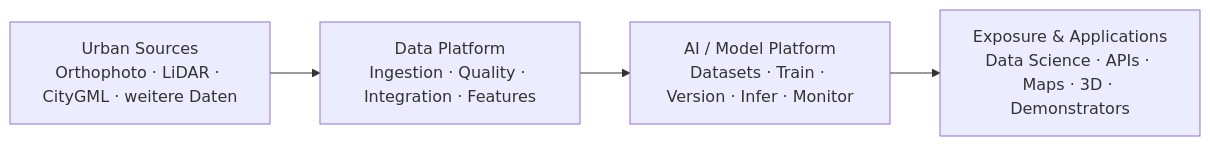
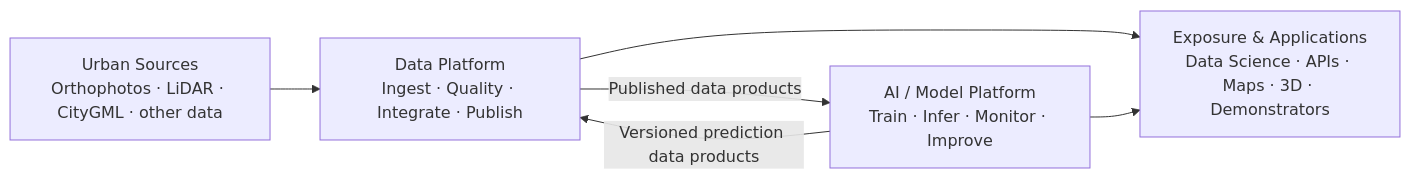
Before and after one commit to Thomas-Malchers/urban_ai_lab: the diagram in docs/l0-gesamtarchitektur.md, drawn with Mermaid. The commit also changed other lines of this file and 12 other files, not shown here.

````diff
--- a/docs/l0-gesamtarchitektur.md
+++ b/docs/l0-gesamtarchitektur.md
@@ -5,8 +5,13 @@
 ```mermaid
 flowchart LR
-    A["Urban Sources<br/>Orthophoto · LiDAR · CityGML · weitere Daten"]
-    B["Data Platform<br/>Ingestion · Quality · Integration · Features"]
-    C["AI / Model Platform<br/>Datasets · Train · Version · Infer · Monitor"]
-    D["Exposure & Applications<br/>Data Science · APIs · Maps · 3D · Demonstrators"]
-    A --> B --> C --> D
+    S["Urban Sources<br/>Orthophotos · LiDAR · CityGML · other data"]
+    D["Data Platform<br/>Ingest · Quality · Integrate · Publish"]
+    AI["AI / Model Platform<br/>Train · Infer · Monitor · Improve"]
+    C["Exposure & Applications<br/>Data Science · APIs · Maps · 3D · Demonstrators"]
+
+    S --> D
+    D -- "Published data products" --> AI
+    AI -- "Versioned prediction data products" --> D
+    D --> C
+    AI --> C
 ```
````
